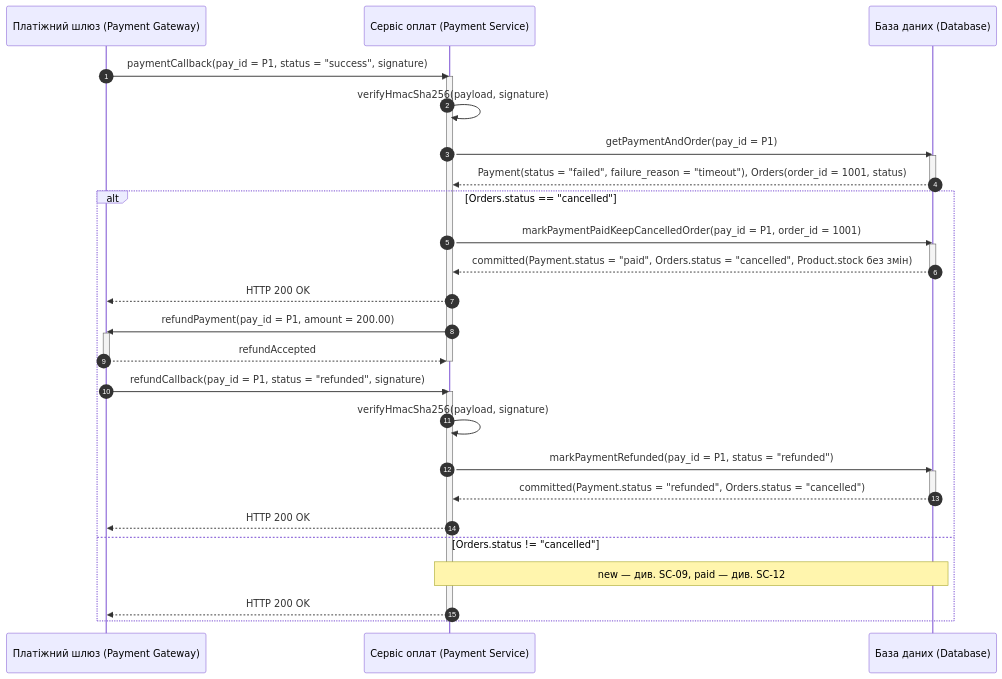
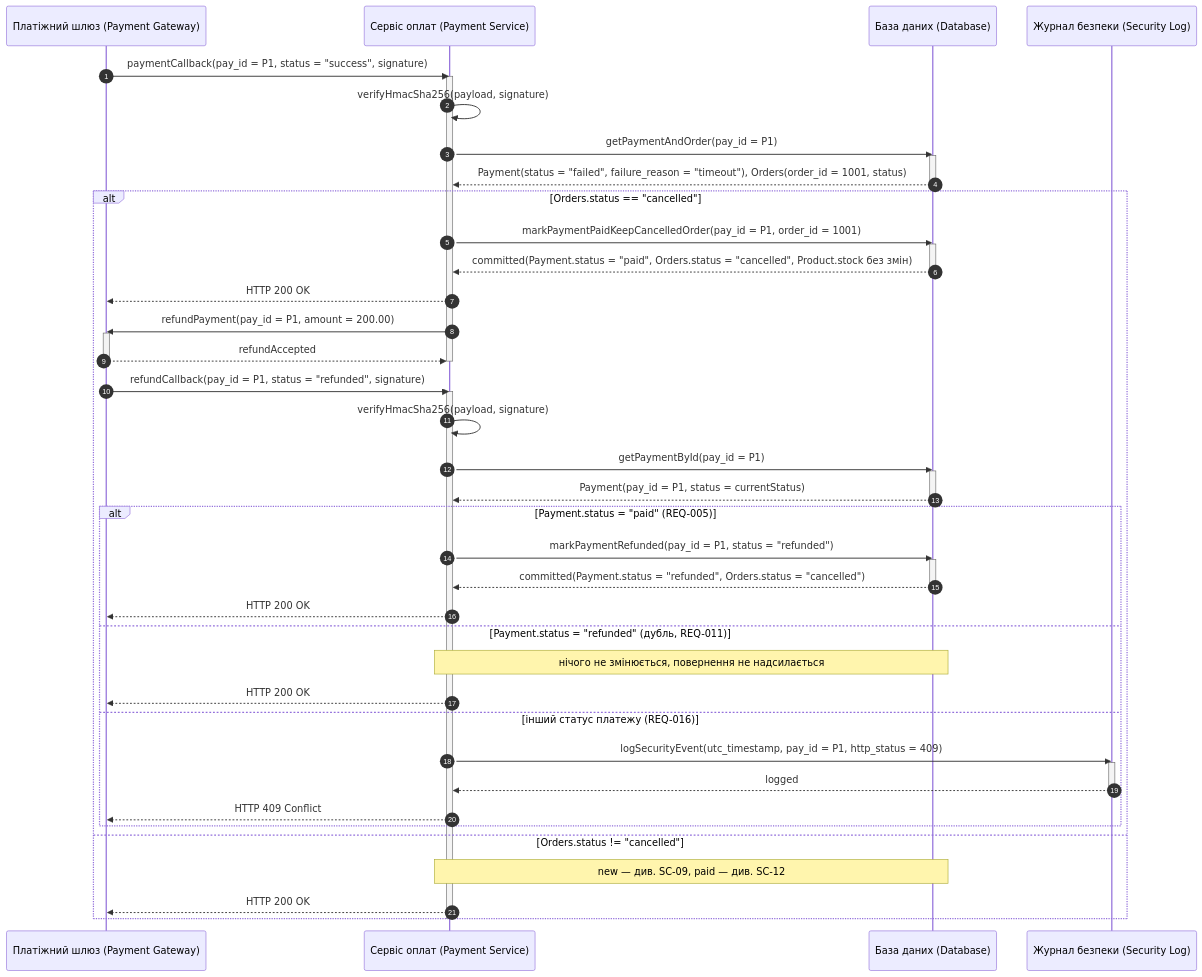
Before and after one commit to hutnichs/KPI_MAVPZ: diagram 13 of 15 in Lab3/diagram.md, drawn with Mermaid. The commit also changed other lines of this file and 1 other file, not shown here.

Commit message:
Refactor sequence diagrams for payment processing and prompt added

````diff
--- a/Lab3/diagram.md
+++ b/Lab3/diagram.md
@@ -530,41 +552,57 @@
 ```mermaid
 sequenceDiagram
     autonumber
     participant PGW as Платіжний шлюз (Payment Gateway)
     participant PS as Сервіс оплат (Payment Service)
     participant DB as База даних (Database)
+    participant SecLog as Журнал безпеки (Security Log)
 
     PGW->>PS: paymentCallback(pay_id = P1, status = "success", signature)
     activate PS
     PS->>PS: verifyHmacSha256(payload, signature)
     PS->>DB: getPaymentAndOrder(pay_id = P1)
     activate DB
     DB-->>PS: Payment(status = "failed", failure_reason = "timeout"), Orders(order_id = 1001, status)
     deactivate DB
 
     alt Orders.status == "cancelled"
         PS->>DB: markPaymentPaidKeepCancelledOrder(pay_id = P1, order_id = 1001)
         activate DB
         DB-->>PS: committed(Payment.status = "paid", Orders.status = "cancelled", Product.stock без змін)
         deactivate DB
         PS-->>PGW: HTTP 200 OK
         PS->>PGW: refundPayment(pay_id = P1, amount = 200.00)
         activate PGW
         PGW-->>PS: refundAccepted
         deactivate PGW
         deactivate PS
 
         PGW->>PS: refundCallback(pay_id = P1, status = "refunded", signature)
         activate PS
         PS->>PS: verifyHmacSha256(payload, signature)
-        PS->>DB: markPaymentRefunded(pay_id = P1, status = "refunded")
+        PS->>DB: getPaymentById(pay_id = P1)
         activate DB
-        DB-->>PS: committed(Payment.status = "refunded", Orders.status = "cancelled")
+        DB-->>PS: Payment(pay_id = P1, status = currentStatus)
         deactivate DB
-        PS-->>PGW: HTTP 200 OK
+        alt Payment.status = "paid" (REQ-005)
+            PS->>DB: markPaymentRefunded(pay_id = P1, status = "refunded")
+            activate DB
+            DB-->>PS: committed(Payment.status = "refunded", Orders.status = "cancelled")
+            deactivate DB
+            PS-->>PGW: HTTP 200 OK
+        else Payment.status = "refunded" (дубль, REQ-011)
+            Note over PS,DB: нічого не змінюється, повернення не надсилається
+            PS-->>PGW: HTTP 200 OK
+        else інший статус платежу (REQ-016)
+            PS->>SecLog: logSecurityEvent(utc_timestamp, pay_id = P1, http_status = 409)
+            activate SecLog
+            SecLog-->>PS: logged
+            deactivate SecLog
+            PS-->>PGW: HTTP 409 Conflict
+        end
     else Orders.status != "cancelled"
         Note over PS,DB: new — див. SC-09, paid — див. SC-12
         PS-->>PGW: HTTP 200 OK
     end
     deactivate PS
 ```
````
